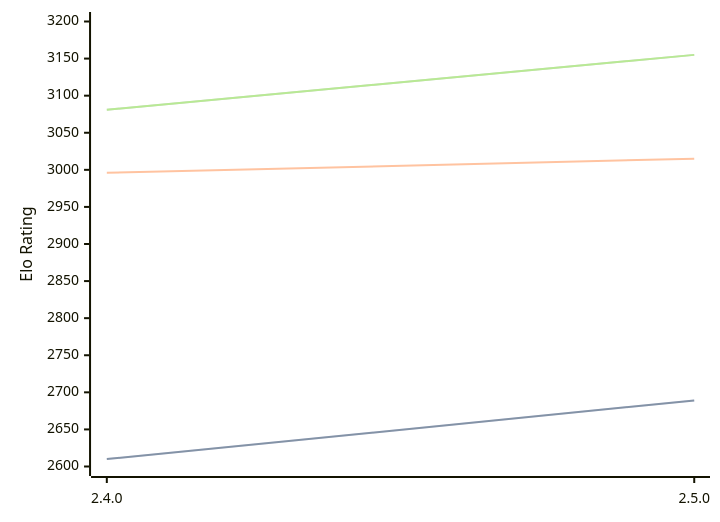
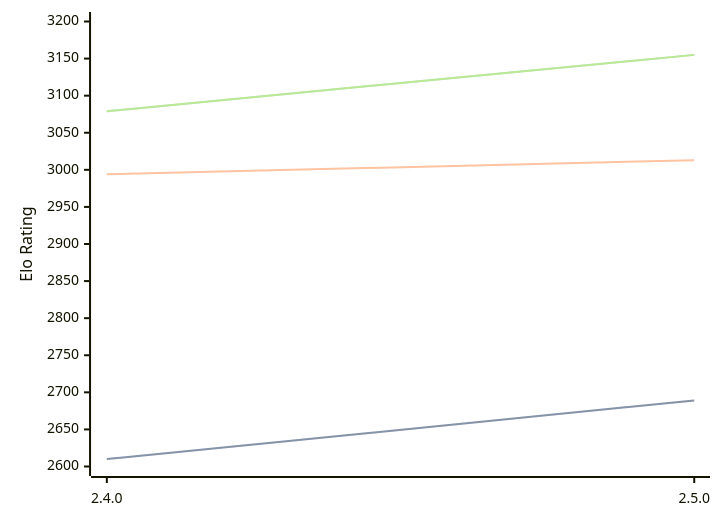
The diagram in engines/Sturddle2.md (computer-chess-index/cci), drawn with Mermaid before and after one commit. The commit also changed other lines of this file, not shown here.

Commit message:
Update CCI Ratings (ELO VLTC) - 2026-07-28

````diff
--- a/engines/Sturddle2.md
+++ b/engines/Sturddle2.md
@@ -37,11 +37,11 @@
 ```mermaid
 %%{init: {"theme":"base","themeVariables":{"seriesColors:['#a3a3a3','#222221','#faa371']}}}%%
 xychart-beta
   x-axis ["2.4.0", "2.5.0"]
   y-axis "Elo Rating" 2600 --> 3200
   line "STC (8.0+0.08s)" [2610, 2689]
   line "STC (8.0+0.08s)" [2610, 2689]
-  line "LTC (60.0+0.60s)" [2996, 3015]
-  line "VLTC (2m24s+1.12s)" [3081, 3155]
-  line "VLTC (2m24s+1.12s)" [3081, 3155]
+  line "LTC (60.0+0.60s)" [2994, 3013]
+  line "VLTC (2m24s+1.12s)" [3079, 3155]
+  line "VLTC (2m24s+1.12s)" [3079, 3155]
 ```
````
